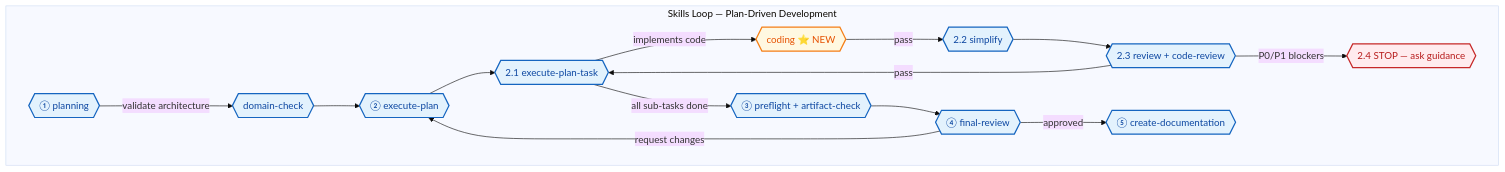
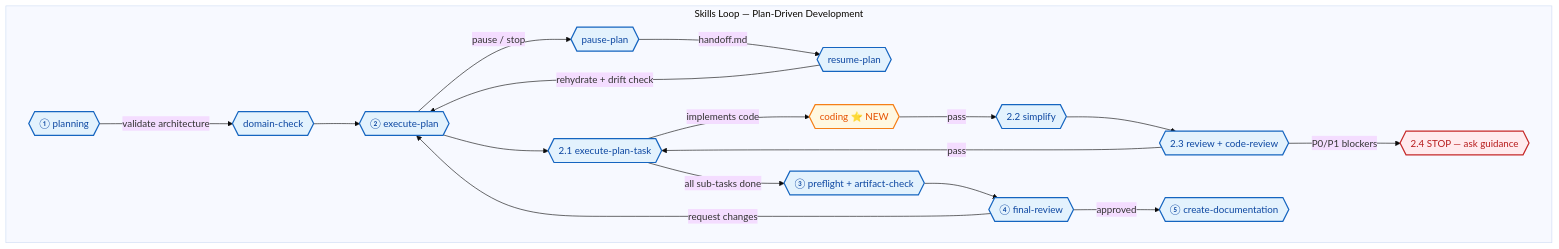
The diagram in skills/index.md (andrescevp/development-harness), drawn with Mermaid (base theme) before and after one commit. The commit also changed other lines of this file and 31 other files, not shown here.

First line of the commit message:
feat(harness): add pause/resume plan skills

````diff
--- a/skills/index.md
+++ b/skills/index.md
@@ -11,36 +12,41 @@
 ```mermaid
 graph TB
   %% ── Plan-Driven Development (core pipeline) ──
   subgraph PDD["Skills Loop — Plan-Driven Development"]
     PL{{"① planning"}}
     DC{{"domain-check"}}
     EP{{"② execute-plan"}}
     EPT{{"2.1 execute-plan-task"}}
+    PA{{"pause-plan"}}
+    RS{{"resume-plan"}}
     CD{{"coding ⭐ NEW"}}
     SM{{"2.2 simplify"}}
     RV{{"2.3 review + code-review"}}
     PR{{"③ preflight + artifact-check"}}
     FR{{"④ final-review"}}
     DOC{{"⑤ create-documentation"}}
 
     PL -- "validate architecture" --> DC
     DC --> EP
     EP --> EPT
+    EP -- "pause / stop" --> PA
+    PA -- "handoff.md" --> RS
+    RS -- "rehydrate + drift check" --> EP
     EPT -- "implements code" --> CD
     CD -- "pass" --> SM
     SM --> RV
     RV -- "pass" --> EPT
     RV -- "P0/P1 blockers" --> STOP{{"2.4 STOP — ask guidance"}}
     EPT -- "all sub-tasks done" --> PR
     PR --> FR
     FR -- "approved" --> DOC
     FR -- "request changes" --> EP
   end
 
   classDef pdd fill:#e3f2fd,stroke:#1565c0,stroke-width:2px,color:#0d47a1
   classDef new fill:#fff8e1,stroke:#f57f17,stroke-width:2px,color:#e65100
   classDef stop fill:#ffebee,stroke:#c62828,stroke-width:2px,color:#b71c1c
-  class PL,EP,EPT,RV,PR,FR,DOC,DC,SM pdd
+  class PL,EP,EPT,PA,RS,RV,PR,FR,DOC,DC,SM pdd
   class CD new
   class STOP stop
 ```
````
